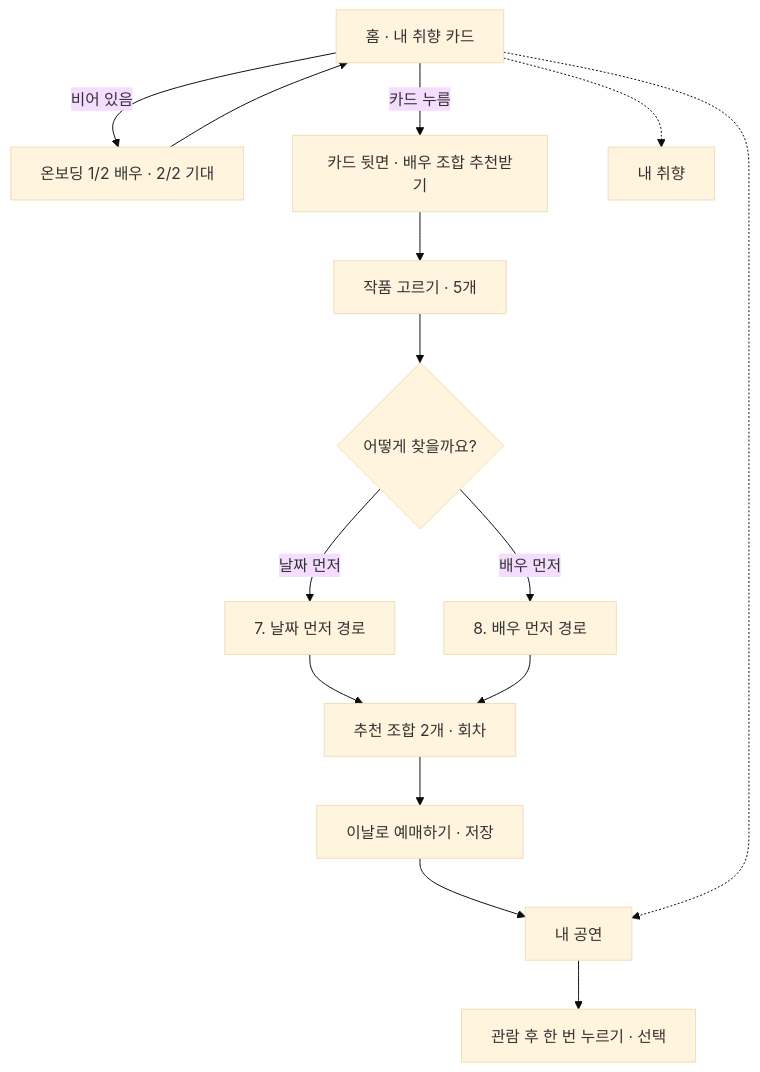
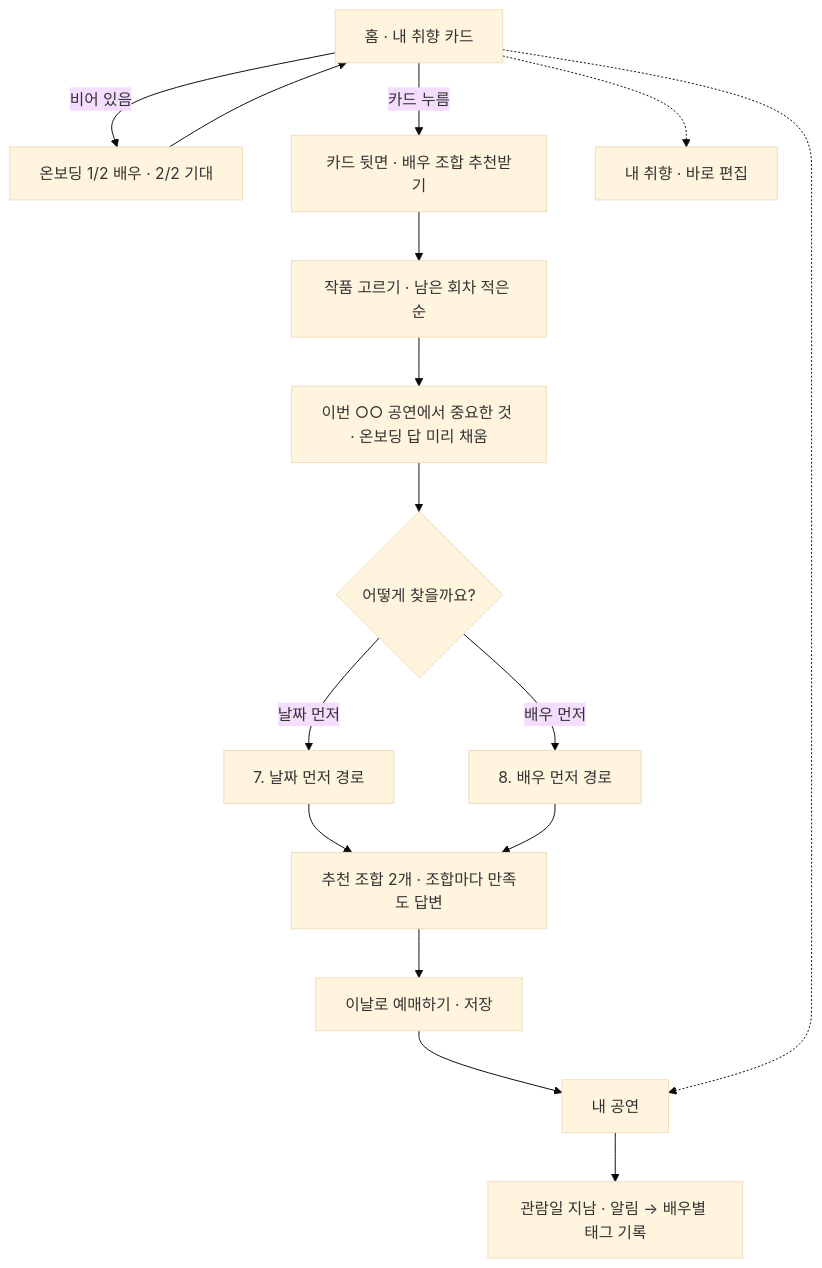
One commit to 2ma1995/pickle-src changed the first of 8 diagrams in docs/261027_2_MVP_사용자흐름.md. Above: the diagram before and after it, drawn with Mermaid (base theme). The commit also changed other lines of this file, not shown here.

First line of the commit message:
MVP 사용자 흐름 문서 v0.6: 작품 취향 확인 단계·조합 만족도·태그 형식 관람 후 리뷰, 남은 결정 확정

````diff
--- a/docs/261027_2_MVP_사용자흐름.md
+++ b/docs/261027_2_MVP_사용자흐름.md
@@ -64,17 +79,18 @@
 ```mermaid
 flowchart TD
     HOME["홈 · 내 취향 카드"] -->|비어 있음| ONB["온보딩 1/2 배우 · 2/2 기대"]
     ONB --> HOME
     HOME -->|카드 누름| BACK["카드 뒷면 · 배우 조합 추천받기"]
-    BACK --> WORK["작품 고르기 · 5개"]
-    WORK --> MODE{"어떻게 찾을까요?"}
+    BACK --> WORK["작품 고르기 · 남은 회차 적은 순"]
+    WORK --> WT["이번 ○○ 공연에서 중요한 것 · 온보딩 답 미리 채움"]
+    WT --> MODE{"어떻게 찾을까요?"}
     MODE -->|날짜 먼저| DATE["7. 날짜 먼저 경로"]
     MODE -->|배우 먼저| ACTOR["8. 배우 먼저 경로"]
-    DATE --> RESULT["추천 조합 2개 · 회차"]
+    DATE --> RESULT["추천 조합 2개 · 조합마다 만족도 답변"]
     ACTOR --> RESULT
     RESULT --> SAVE["이날로 예매하기 · 저장"]
     SAVE --> SHOWS["내 공연"]
-    SHOWS --> AFTER["관람 후 한 번 누르기 · 선택"]
+    SHOWS --> AFTER["관람일 지남 · 알림 → 배우별 태그 기록"]
     HOME -.-> SHOWS
-    HOME -.-> TASTE["내 취향"]
+    HOME -.-> TASTE["내 취향 · 바로 편집"]
 ```
````
